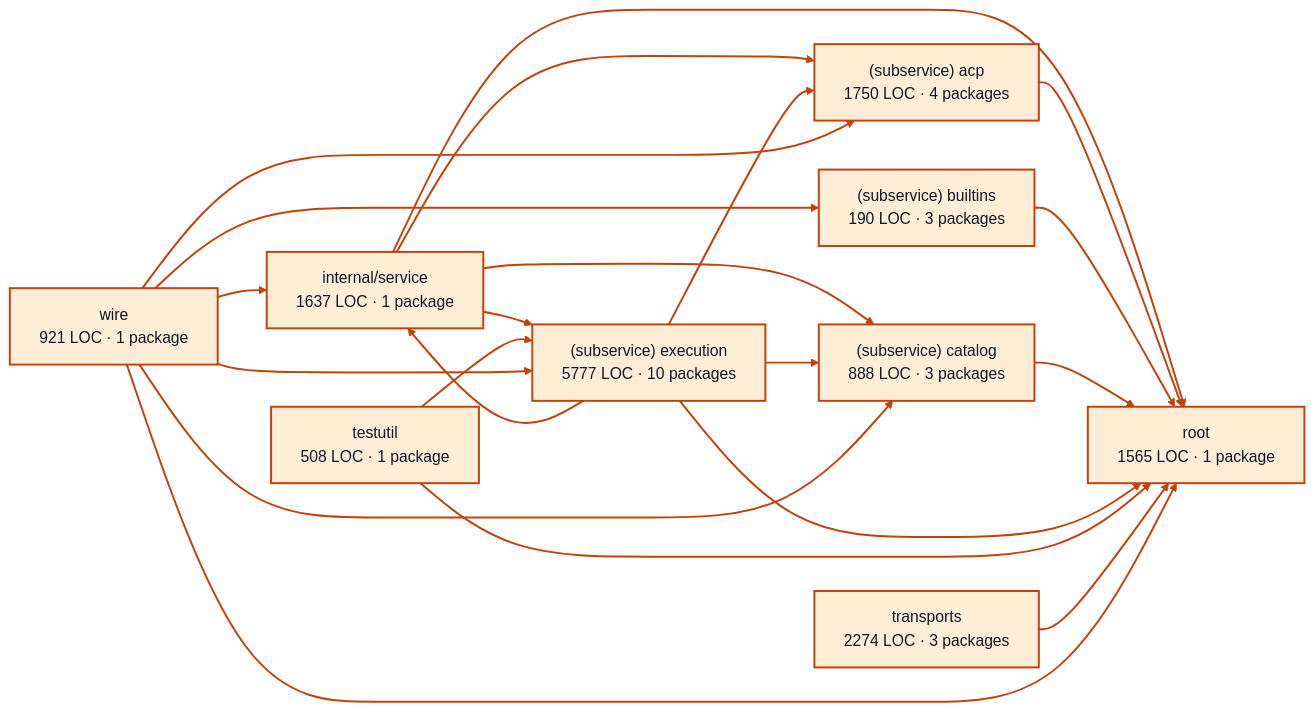
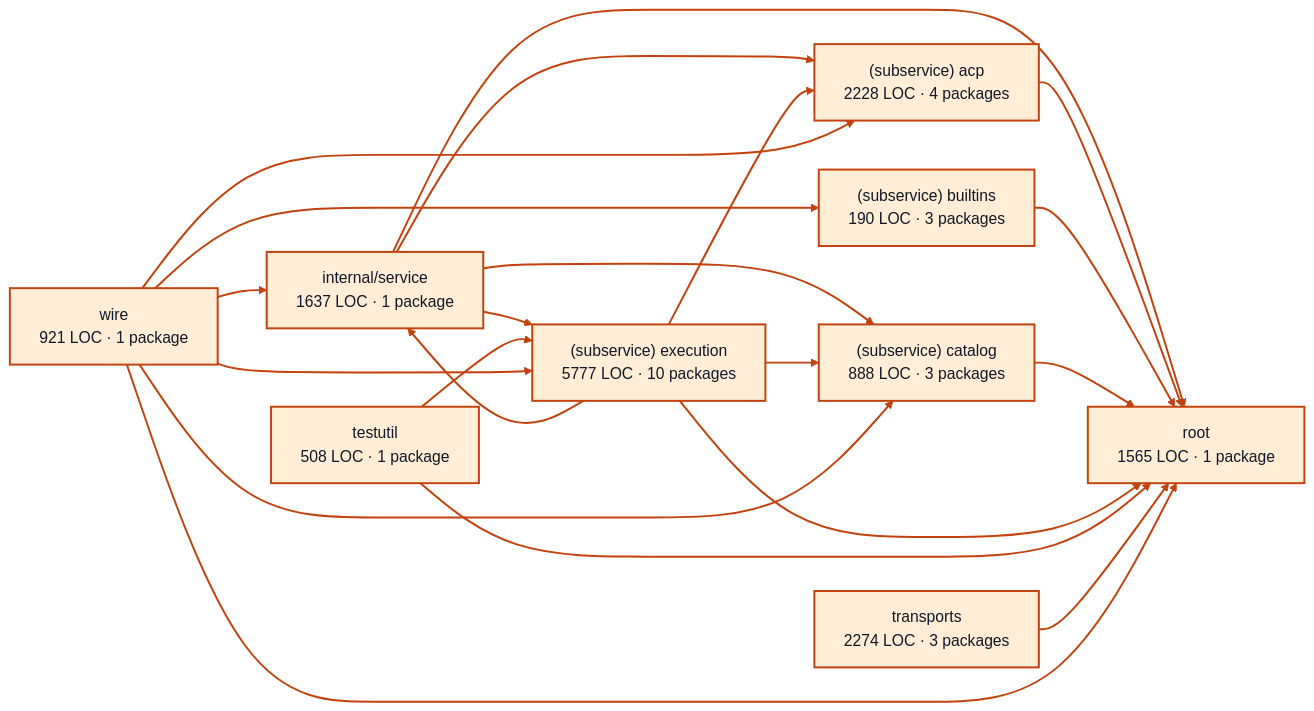
One commit to portpowered/you-agent-factory changed the diagram in docs/architecture/visualizations/services/providers.md. Above: the diagram before and after it, drawn with Mermaid. The commit also changed other lines of this file and 20 other files, not shown here.

Commit message:
docs: refresh backend architecture visualizations

````diff
--- a/docs/architecture/visualizations/services/providers.md
+++ b/docs/architecture/visualizations/services/providers.md
@@ -11,42 +11,42 @@
 ```mermaid
 flowchart LR
   p0["internal/service<br/>1637 LOC · 1 package"]
-  p1["(subservice) acp<br/>1750 LOC · 4 packages"]
+  p1["(subservice) acp<br/>2228 LOC · 4 packages"]
   p2["(subservice) builtins<br/>190 LOC · 3 packages"]
   p3["(subservice) catalog<br/>888 LOC · 3 packages"]
   p4["(subservice) execution<br/>5777 LOC · 10 packages"]
   p5["testutil<br/>508 LOC · 1 package"]
   p6["root<br/>1565 LOC · 1 package"]
   p7["transports<br/>2274 LOC · 3 packages"]
   p8["wire<br/>921 LOC · 1 package"]
   p0 --> p1
   p0 --> p3
   p0 --> p4
   p0 --> p6
   p1 --> p6
   p2 --> p6
   p3 --> p6
   p4 --> p0
   p4 --> p1
   p4 --> p3
   p4 --> p6
   p5 --> p4
   p5 --> p6
   p7 --> p6
   p8 --> p0
   p8 --> p1
   p8 --> p2
   p8 --> p3
   p8 --> p4
   p8 --> p6
   style p0 fill:#ffedd5,stroke:#c2410c,stroke-width:2px,color:#111827
   style p1 fill:#ffedd5,stroke:#c2410c,stroke-width:2px,color:#111827
   style p2 fill:#ffedd5,stroke:#c2410c,stroke-width:2px,color:#111827
   style p3 fill:#ffedd5,stroke:#c2410c,stroke-width:2px,color:#111827
   style p4 fill:#ffedd5,stroke:#c2410c,stroke-width:2px,color:#111827
   style p5 fill:#ffedd5,stroke:#c2410c,stroke-width:2px,color:#111827
   style p6 fill:#ffedd5,stroke:#c2410c,stroke-width:2px,color:#111827
   style p7 fill:#ffedd5,stroke:#c2410c,stroke-width:2px,color:#111827
   style p8 fill:#ffedd5,stroke:#c2410c,stroke-width:2px,color:#111827
   linkStyle default stroke:#c2410c,stroke-width:2px
 ```
````
